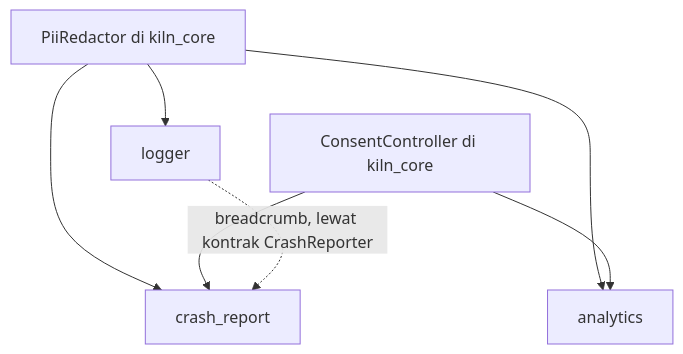
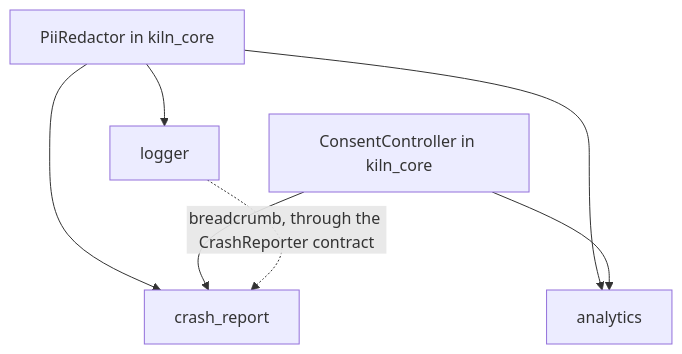
One commit to MTegarPamungkas/kiln changed the first of 2 diagrams in docs/folder-structure.md. Above: the diagram before and after it, drawn with Mermaid. The commit also changed other lines of this file and 121 other files, not shown here.

````diff
--- a/docs/folder-structure.md
+++ b/docs/folder-structure.md
@@ -1713,14 +1713,14 @@
 ```mermaid
 flowchart TD
-    PII[PiiRedactor di kiln_core]
-    CON[ConsentController di kiln_core]
+    PII[PiiRedactor in kiln_core]
+    CON[ConsentController in kiln_core]
     LOG[logger]
     ANA[analytics]
     CRA[crash_report]
     PII --> LOG
     PII --> ANA
     PII --> CRA
     CON --> ANA
     CON --> CRA
-    LOG -. breadcrumb, lewat kontrak CrashReporter .-> CRA
+    LOG -. breadcrumb, through the CrashReporter contract .-> CRA
 ```
````
